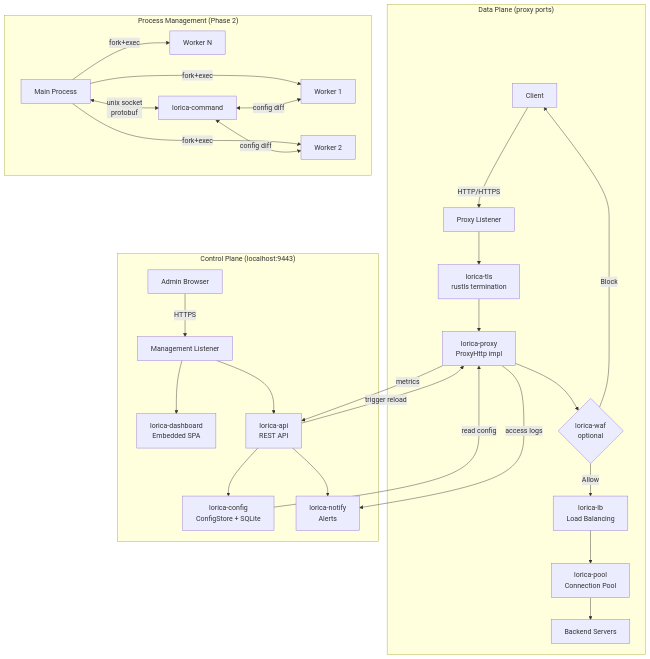
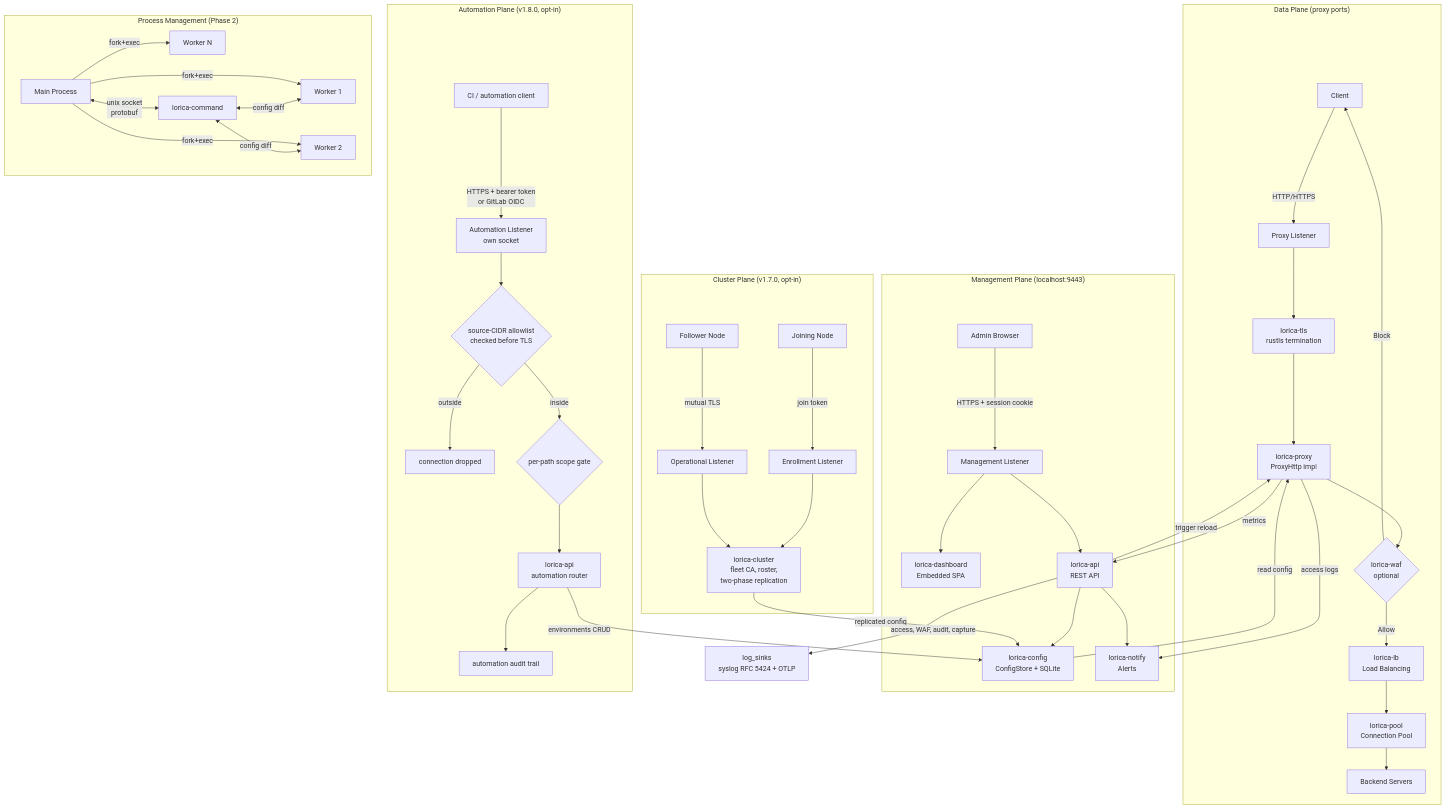
Before and after one commit to Rwx-G/Lorica: the diagram in docs/architecture/component-architecture.md, drawn with Mermaid. The commit also changed other lines of this file and 282 other files, not shown here.

First line of the commit message:
feat: Epic 10, conditional request capture and the CI automation API (v1.8.0) (#38)

````diff
--- a/docs/architecture/component-architecture.md
+++ b/docs/architecture/component-architecture.md
@@ -162,35 +171,54 @@
 ```mermaid
 graph TB
     subgraph "Data Plane (proxy ports)"
         CLIENT[Client] -->|HTTP/HTTPS| LISTENER[Proxy Listener]
         LISTENER --> TLS[lorica-tls<br>rustls termination]
         TLS --> PROXY[lorica-proxy<br>ProxyHttp impl]
         PROXY --> WAF{lorica-waf<br>optional}
         WAF -->|Allow| LB[lorica-lb<br>Load Balancing]
         WAF -->|Block| CLIENT
         LB --> POOL[lorica-pool<br>Connection Pool]
         POOL --> BACKEND[Backend Servers]
     end
 
-    subgraph "Control Plane (localhost:9443)"
-        BROWSER[Admin Browser] -->|HTTPS| MGMT[Management Listener]
+    subgraph "Management Plane (localhost:9443)"
+        BROWSER[Admin Browser] -->|HTTPS + session cookie| MGMT[Management Listener]
         MGMT --> DASHBOARD[lorica-dashboard<br>Embedded SPA]
         MGMT --> API[lorica-api<br>REST API]
         API --> CONFIG[lorica-config<br>ConfigStore + SQLite]
         API --> NOTIFY[lorica-notify<br>Alerts]
+    end
+
+    subgraph "Automation Plane (v1.8.0, opt-in)"
+        PIPELINE[CI / automation client] -->|HTTPS + bearer token<br>or GitLab OIDC| AUTO[Automation Listener<br>own socket]
+        AUTO --> CIDR{source-CIDR allowlist<br>checked before TLS}
+        CIDR -->|outside| DROP[connection dropped]
+        CIDR -->|inside| SCOPE{per-path scope gate}
+        SCOPE --> AUTOAPI[lorica-api<br>automation router]
+        AUTOAPI --> AUDIT[automation audit trail]
+    end
+
+    subgraph "Cluster Plane (v1.7.0, opt-in)"
+        JOINER[Joining Node] -->|join token| ENROLL[Enrollment Listener]
+        FOLLOWER[Follower Node] -->|mutual TLS| CLUSTEROP[Operational Listener]
+        ENROLL --> CLUSTER[lorica-cluster<br>fleet CA, roster,<br>two-phase replication]
+        CLUSTEROP --> CLUSTER
     end
 
     subgraph "Process Management (Phase 2)"
         MAIN[Main Process] -->|fork+exec| WORKER1[Worker 1]
         MAIN -->|fork+exec| WORKER2[Worker 2]
         MAIN -->|fork+exec| WORKERN[Worker N]
         MAIN <-->|unix socket<br>protobuf| CMD[lorica-command]
         CMD <-->|config diff| WORKER1
         CMD <-->|config diff| WORKER2
     end
 
     CONFIG -->|read config| PROXY
     API -->|trigger reload| PROXY
     PROXY -->|access logs| NOTIFY
     PROXY -->|metrics| API
+    AUTOAPI -->|environments CRUD| CONFIG
+    CLUSTER -->|replicated config| CONFIG
+    API -->|access, WAF, audit, capture| SINKS[log_sinks<br>syslog RFC 5424 + OTLP]
 ```
````
